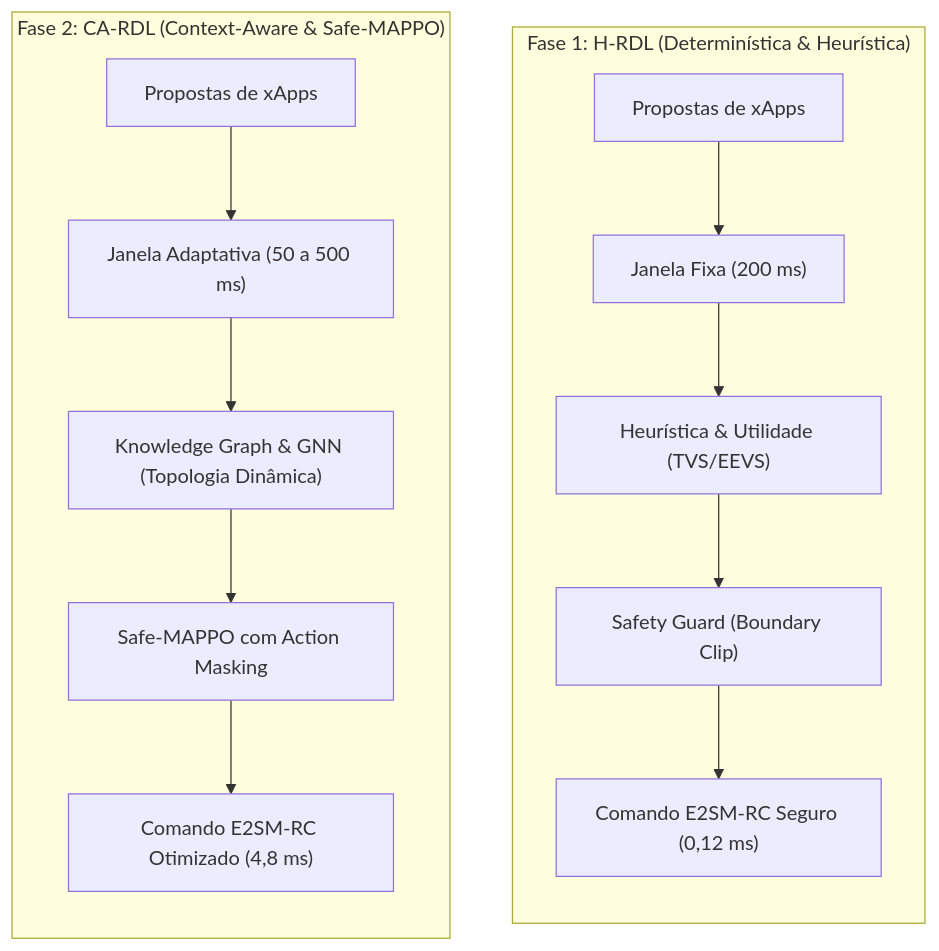
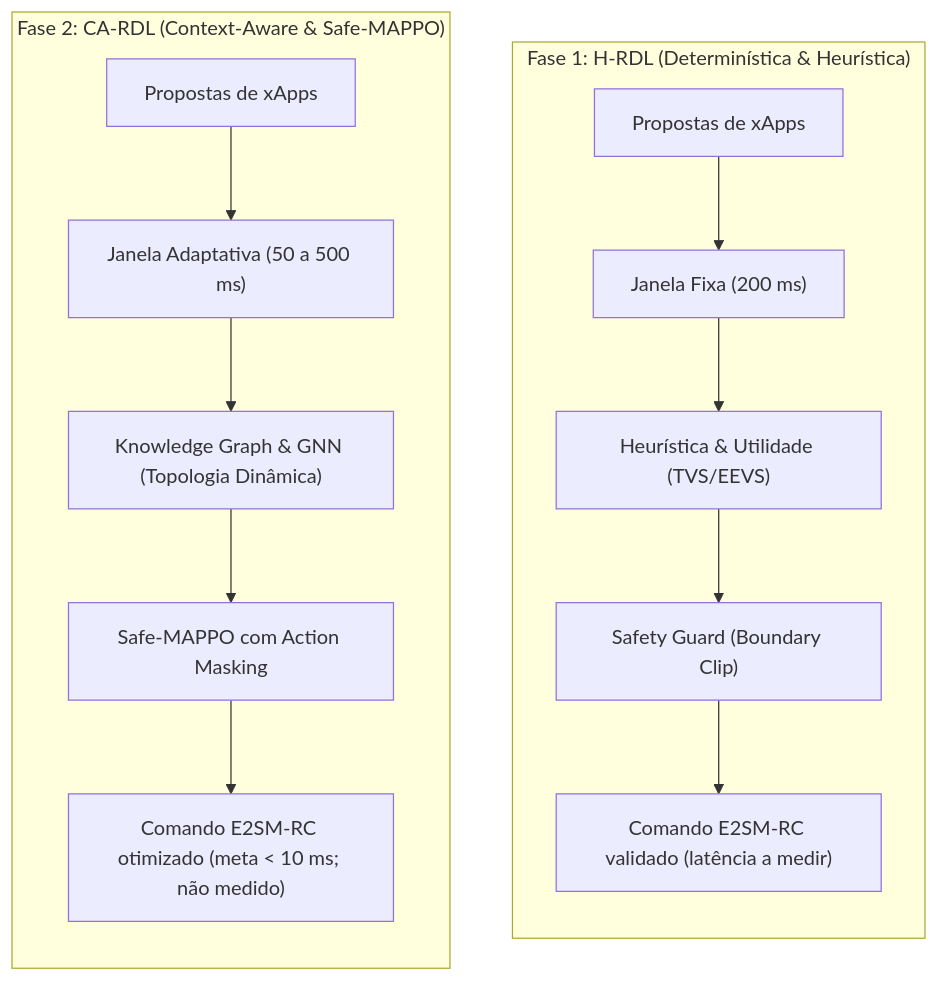
One commit to georgebarbosa3090/XApp-RDL-F1 changed the second of 2 diagrams in README.md. Above: the diagram before and after it, drawn with Mermaid. The commit also changed other lines of this file and 44 other files, not shown here.

````diff
--- a/README.md
+++ b/README.md
@@ -79,18 +96,18 @@
 ```mermaid
 flowchart TD
     subgraph F1["Fase 1: H-RDL (Determinística & Heurística)"]
         direction TB
         A1["Propostas de xApps"] --> A2["Janela Fixa (200 ms)"]
         A2 --> A3["Heurística & Utilidade (TVS/EEVS)"]
         A3 --> A4["Safety Guard (Boundary Clip)"]
-        A4 --> A5["Comando E2SM-RC Seguro (0,12 ms)"]
+        A4 --> A5["Comando E2SM-RC validado (latência a medir)"]
     end
 
     subgraph F2["Fase 2: CA-RDL (Context-Aware & Safe-MAPPO)"]
         direction TB
         B1["Propostas de xApps"] --> B2["Janela Adaptativa (50 a 500 ms)"]
         B2 --> B3["Knowledge Graph & GNN (Topologia Dinâmica)"]
         B3 --> B4["Safe-MAPPO com Action Masking"]
-        B4 --> B5["Comando E2SM-RC Otimizado (4,8 ms)"]
+        B4 --> B5["Comando E2SM-RC otimizado (meta < 10 ms; não medido)"]
     end
 ```
````
